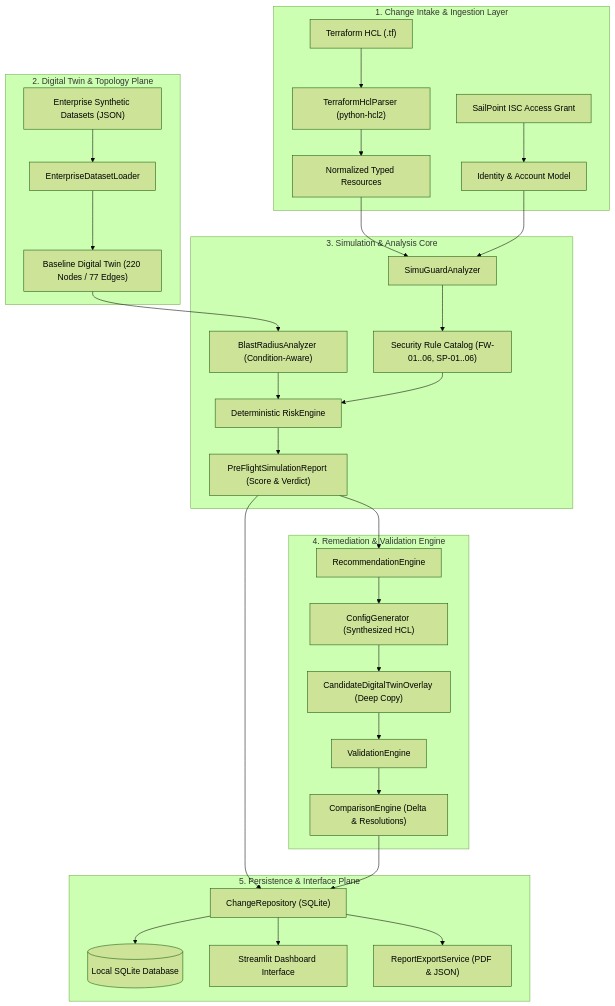
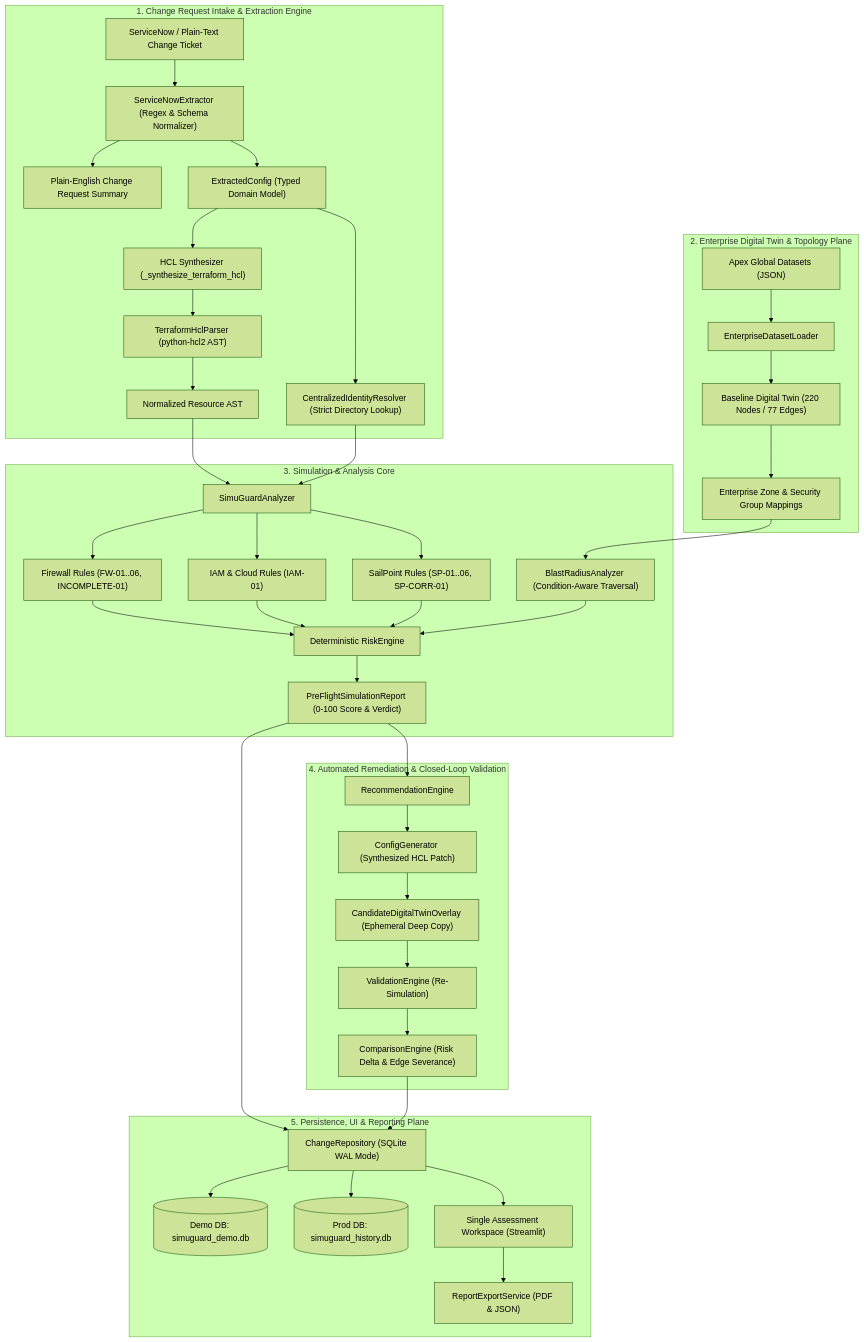
Before and after one commit to Abhiram-Laha/SimuGuard-Project: the first of 4 diagrams in simuguard-demo/docs/ARCHITECTURE.md, drawn with Mermaid (forest theme). The commit also changed other lines of this file and 29 other files, not shown here.

````diff
--- a/simuguard-demo/docs/ARCHITECTURE.md
+++ b/simuguard-demo/docs/ARCHITECTURE.md
@@ -10,39 +12,49 @@
 ```mermaid
 flowchart TD
-    subgraph INTAKE["1. Change Intake & Ingestion Layer"]
-        TF["Terraform HCL (.tf)"] --> PARSER["TerraformHclParser (python-hcl2)"]
-        SP["SailPoint ISC Access Grant"] --> ID_MAP["Identity & Account Model"]
-        PARSER --> NORM["Normalized Typed Resources"]
+    subgraph INTAKE["1. Change Request Intake & Extraction Engine"]
+        SN_RAW["ServiceNow / Plain-Text Change Ticket"] --> SN_EXTRACT["ServiceNowExtractor (Regex & Schema Normalizer)"]
+        SN_EXTRACT --> SUMMARY["Plain-English Change Request Summary"]
+        SN_EXTRACT --> CFG["ExtractedConfig (Typed Domain Model)"]
+        CFG --> HCL_SYNTH["HCL Synthesizer (_synthesize_terraform_hcl)"]
+        HCL_SYNTH --> TF_PARSER["TerraformHclParser (python-hcl2 AST)"]
+        TF_PARSER --> NORM["Normalized Resource AST"]
+        CFG --> ID_RES["CentralizedIdentityResolver (Strict Directory Lookup)"]
     end
 
-    subgraph TWIN["2. Digital Twin & Topology Plane"]
-        DATASETS["Enterprise Synthetic Datasets (JSON)"] --> DT_LOADER["EnterpriseDatasetLoader"]
+    subgraph TWIN["2. Enterprise Digital Twin & Topology Plane"]
+        DATASETS["Apex Global Datasets (JSON)"] --> DT_LOADER["EnterpriseDatasetLoader"]
         DT_LOADER --> BASE_GRAPH["Baseline Digital Twin (220 Nodes / 77 Edges)"]
+        BASE_GRAPH --> ALIAS["Enterprise Zone & Security Group Mappings"]
     end
 
     subgraph ENGINE["3. Simulation & Analysis Core"]
         NORM --> ANALYZER["SimuGuardAnalyzer"]
-        ID_MAP --> ANALYZER
-        BASE_GRAPH --> BLAST["BlastRadiusAnalyzer (Condition-Aware)"]
-        ANALYZER --> RULES["Security Rule Catalog (FW-01..06, SP-01..06)"]
-        BLAST --> RISK_ENG["Deterministic RiskEngine"]
-        RULES --> RISK_ENG
-        RISK_ENG --> REPORT["PreFlightSimulationReport (Score & Verdict)"]
+        ID_RES --> ANALYZER
+        ALIAS --> BLAST["BlastRadiusAnalyzer (Condition-Aware Traversal)"]
+        ANALYZER --> RULES_FW["Firewall Rules (FW-01..06, INCOMPLETE-01)"]
+        ANALYZER --> RULES_IAM["IAM & Cloud Rules (IAM-01)"]
+        ANALYZER --> RULES_SP["SailPoint Rules (SP-01..06, SP-CORR-01)"]
+        RULES_FW --> RISK_ENG["Deterministic RiskEngine"]
+        RULES_IAM --> RISK_ENG
+        RULES_SP --> RISK_ENG
+        BLAST --> RISK_ENG
+        RISK_ENG --> REPORT["PreFlightSimulationReport (0-100 Score & Verdict)"]
     end
 
-    subgraph REMEDIATION["4. Remediation & Validation Engine"]
+    subgraph REMEDIATION["4. Automated Remediation & Closed-Loop Validation"]
         REPORT --> REC_ENG["RecommendationEngine"]
-        REC_ENG --> CONF_GEN["ConfigGenerator (Synthesized HCL)"]
-        CONF_GEN --> OVERLAY["CandidateDigitalTwinOverlay (Deep Copy)"]
-        OVERLAY --> VAL_ENG["ValidationEngine"]
-        VAL_ENG --> COMP_ENG["ComparisonEngine (Delta & Resolutions)"]
+        REC_ENG --> CONF_GEN["ConfigGenerator (Synthesized HCL Patch)"]
+        CONF_GEN --> OVERLAY["CandidateDigitalTwinOverlay (Ephemeral Deep Copy)"]
+        OVERLAY --> VAL_ENG["ValidationEngine (Re-Simulation)"]
+        VAL_ENG --> COMP_ENG["ComparisonEngine (Risk Delta & Edge Severance)"]
     end
 
-    subgraph PERSISTENCE["5. Persistence & Interface Plane"]
-        REPORT --> REPO["ChangeRepository (SQLite)"]
+    subgraph PERSISTENCE["5. Persistence, UI & Reporting Plane"]
+        REPORT --> REPO["ChangeRepository (SQLite WAL Mode)"]
         COMP_ENG --> REPO
-        REPO --> DB[("Local SQLite Database")]
-        REPO --> UI["Streamlit Dashboard Interface"]
-        REPO --> EXPORT["ReportExportService (PDF & JSON)"]
+        REPO --> DB_DEMO[("Demo DB: simuguard_demo.db")]
+        REPO --> DB_PROD[("Prod DB: simuguard_history.db")]
+        REPO --> WORKSPACE["Single Assessment Workspace (Streamlit)"]
+        WORKSPACE --> EXPORT["ReportExportService (PDF & JSON)"]
     end
 ```
````
